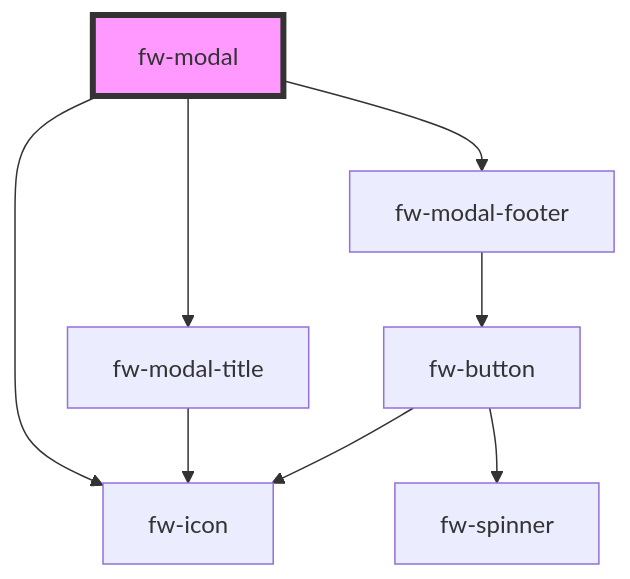
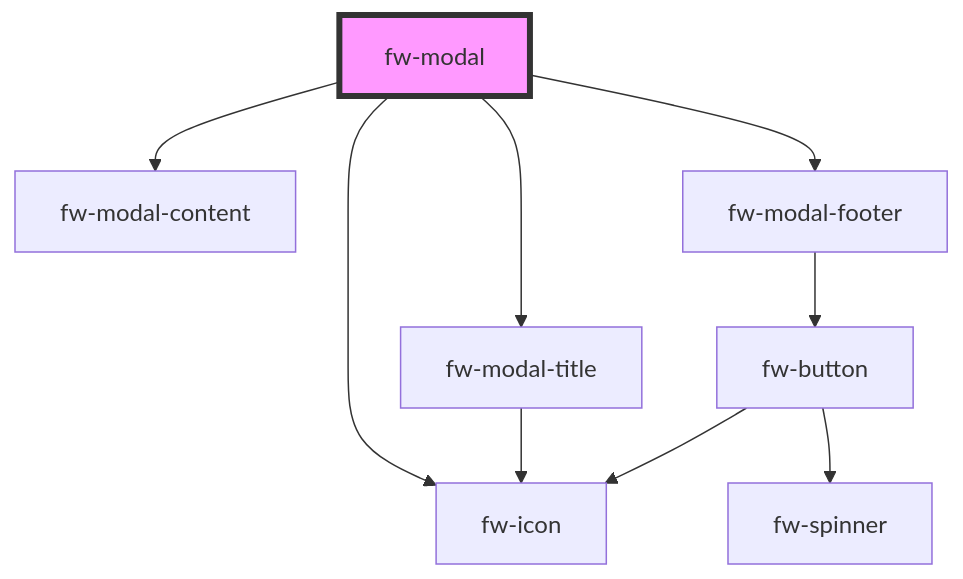
The diagram in packages/crayons-core/src/components/modal/readme.md (freshworks/crayons), drawn with Mermaid before and after one commit. The commit also changed other lines of this file and 11 other files, not shown here.

````diff
--- a/packages/crayons-core/src/components/modal/readme.md
+++ b/packages/crayons-core/src/components/modal/readme.md
@@ -286,11 +361,12 @@
 ```mermaid
 graph TD;
   fw-modal --> fw-icon
   fw-modal --> fw-modal-title
+  fw-modal --> fw-modal-content
   fw-modal --> fw-modal-footer
   fw-modal-title --> fw-icon
   fw-modal-footer --> fw-button
   fw-button --> fw-spinner
   fw-button --> fw-icon
   style fw-modal fill:#f9f,stroke:#333,stroke-width:4px
 ```
````
